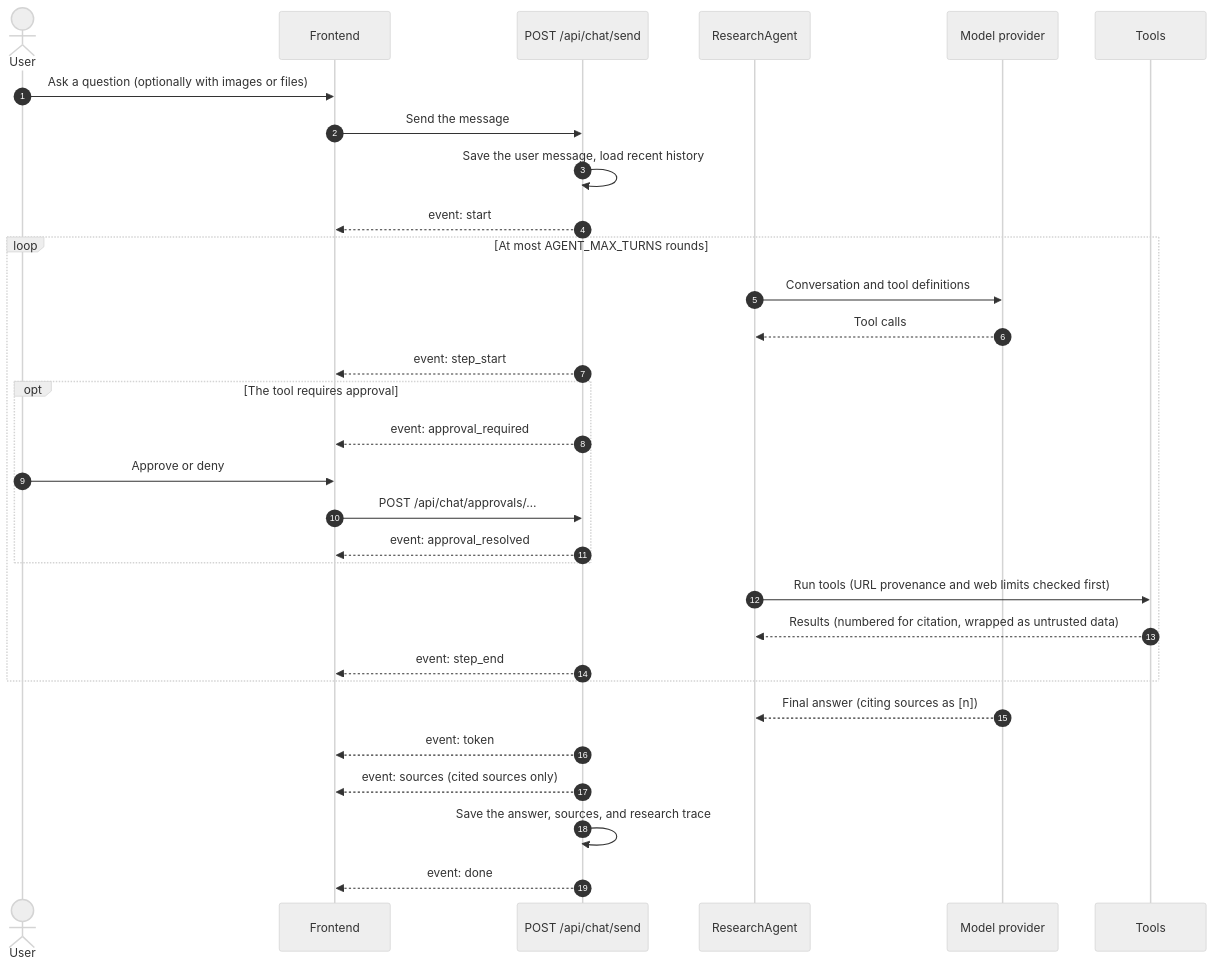
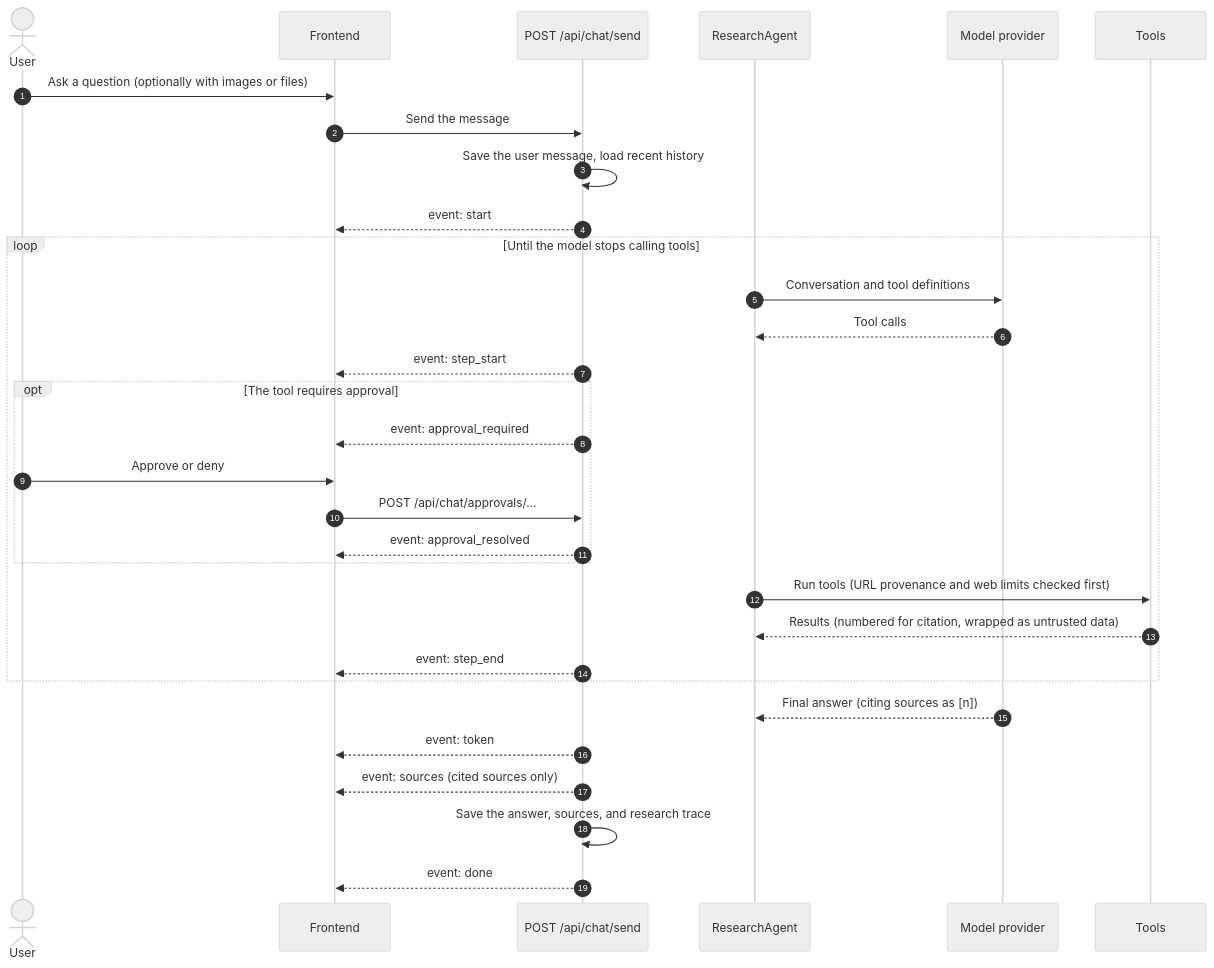
One commit to Scorpio-meow/AskMiao changed the third of 3 diagrams in README_en.md. Above: the diagram before and after it, drawn with Mermaid (neutral theme). The commit also changed other lines of this file and 46 other files, not shown here.

````diff
--- a/README_en.md
+++ b/README_en.md
@@ -332,34 +332,34 @@
 ```mermaid
 sequenceDiagram
     autonumber
     actor U as User
     participant FE as Frontend
     participant API as POST /api/chat/send
     participant AG as ResearchAgent
     participant LLM as Model provider
     participant T as Tools
 
     U->>FE: Ask a question (optionally with images or files)
     FE->>API: Send the message
     API->>API: Save the user message, load recent history
     API-->>FE: event: start
-    loop At most AGENT_MAX_TURNS rounds
+    loop Until the model stops calling tools
         AG->>LLM: Conversation and tool definitions
         LLM-->>AG: Tool calls
         API-->>FE: event: step_start
         opt The tool requires approval
             API-->>FE: event: approval_required
             U->>FE: Approve or deny
             FE->>API: POST /api/chat/approvals/…
             API-->>FE: event: approval_resolved
         end
         AG->>T: Run tools (URL provenance and web limits checked first)
         T-->>AG: Results (numbered for citation, wrapped as untrusted data)
         API-->>FE: event: step_end
     end
     LLM-->>AG: Final answer (citing sources as [n])
     API-->>FE: event: token
     API-->>FE: event: sources (cited sources only)
     API->>API: Save the answer, sources, and research trace
     API-->>FE: event: done
 ```
````
